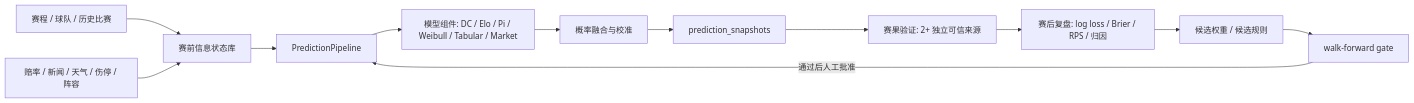
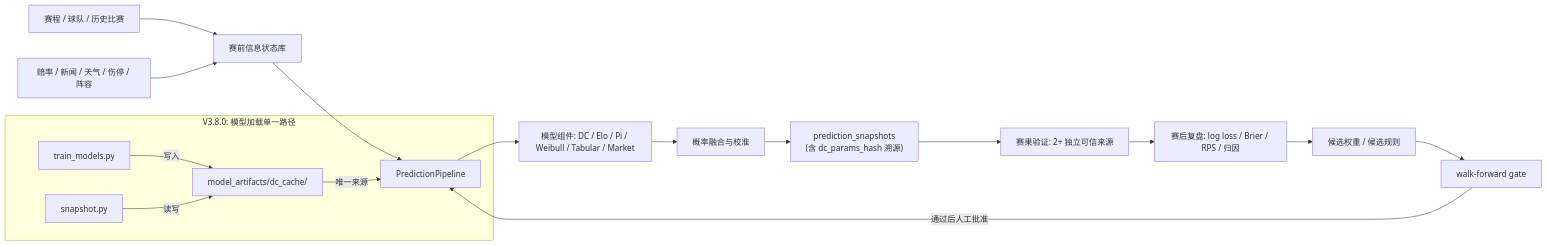
One commit to Jakeyhb/wc26-predict changed the diagram in README.md. Above: the diagram before and after it, drawn with Mermaid. The commit also changed other lines of this file and 1 other file, not shown here.

````diff
--- a/README.md
+++ b/README.md
@@ -68,14 +58,20 @@
 ```mermaid
 flowchart LR
   A["赛程 / 球队 / 历史比赛"] --> B["赛前信息状态库"]
   C["赔率 / 新闻 / 天气 / 伤停 / 阵容"] --> B
   B --> D["PredictionPipeline"]
   D --> E["模型组件: DC / Elo / Pi / Weibull / Tabular / Market"]
   E --> F["概率融合与校准"]
-  F --> G["prediction_snapshots"]
+  F --> G["prediction_snapshots<br/>(含 dc_params_hash 溯源)"]
   G --> H["赛果验证: 2+ 独立可信来源"]
   H --> I["赛后复盘: log loss / Brier / RPS / 归因"]
   I --> J["候选权重 / 候选规则"]
   J --> K["walk-forward gate"]
   K -->|通过后人工批准| D
+
+  subgraph "V3.8.0: 模型加载单一路径"
+    L["model_artifacts/dc_cache/"] -->|"唯一来源"| D
+    M["train_models.py"] -->|"写入"| L
+    N["snapshot.py"] -->|"读写"| L
+  end
 ```
````
